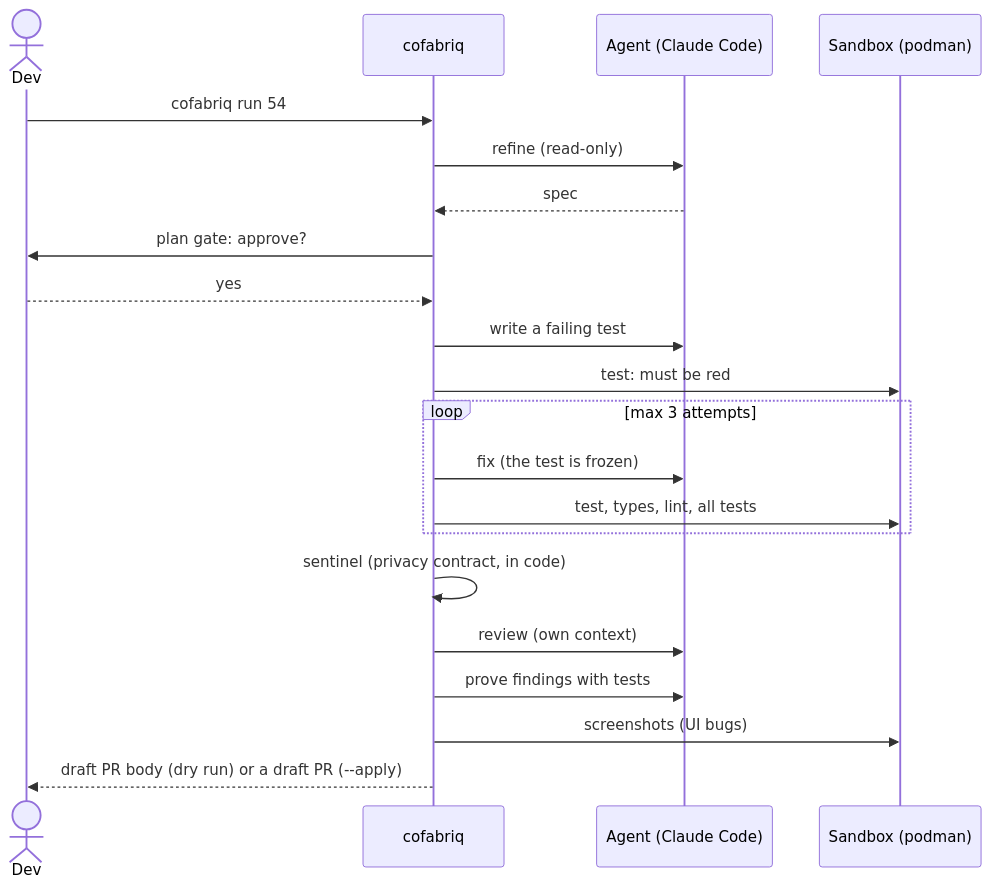
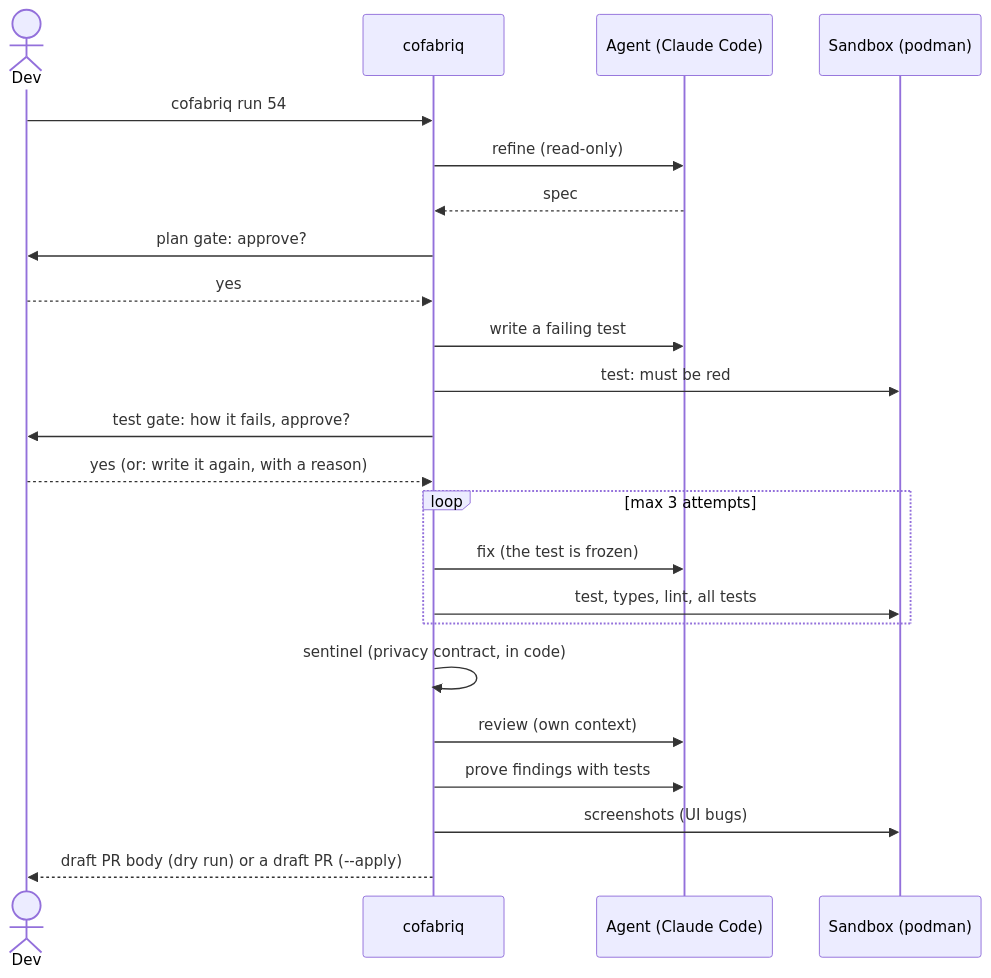
The third of 7 diagrams in docs/architecture.md (philippmossier/cofabriq), drawn with Mermaid before and after one commit. The commit also changed other lines of this file and 6 other files, not shown here.

````diff
--- a/docs/architecture.md
+++ b/docs/architecture.md
@@ -137,23 +141,25 @@
 ```mermaid
 sequenceDiagram
     actor Dev
     participant C as cofabriq
     participant A as Agent (Claude Code)
     participant S as Sandbox (podman)
     Dev->>C: cofabriq run 54
     C->>A: refine (read-only)
     A-->>C: spec
     C->>Dev: plan gate: approve?
     Dev-->>C: yes
     C->>A: write a failing test
     C->>S: test: must be red
+    C->>Dev: test gate: how it fails, approve?
+    Dev-->>C: yes (or: write it again, with a reason)
     loop max 3 attempts
         C->>A: fix (the test is frozen)
         C->>S: test, types, lint, all tests
     end
     C->>C: sentinel (privacy contract, in code)
     C->>A: review (own context)
     C->>A: prove findings with tests
     C->>S: screenshots (UI bugs)
     C-->>Dev: draft PR body (dry run) or a draft PR (--apply)
 ```
````
